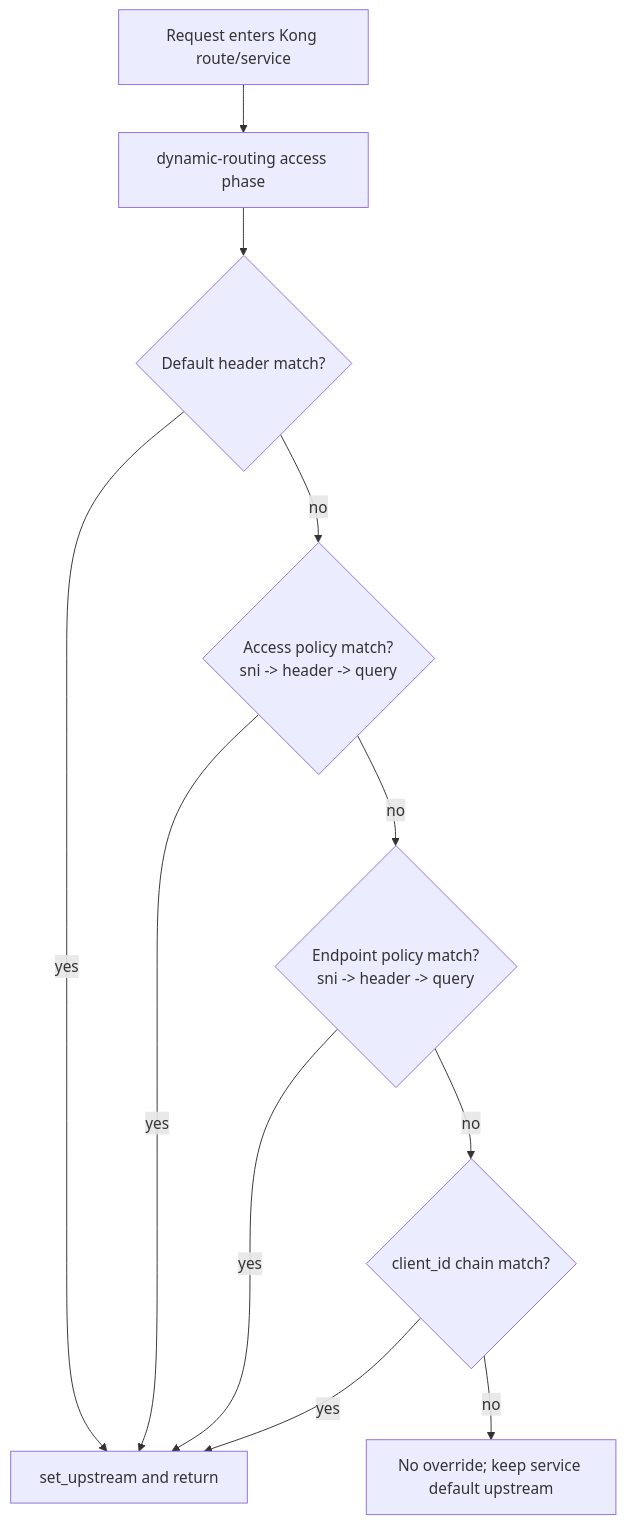
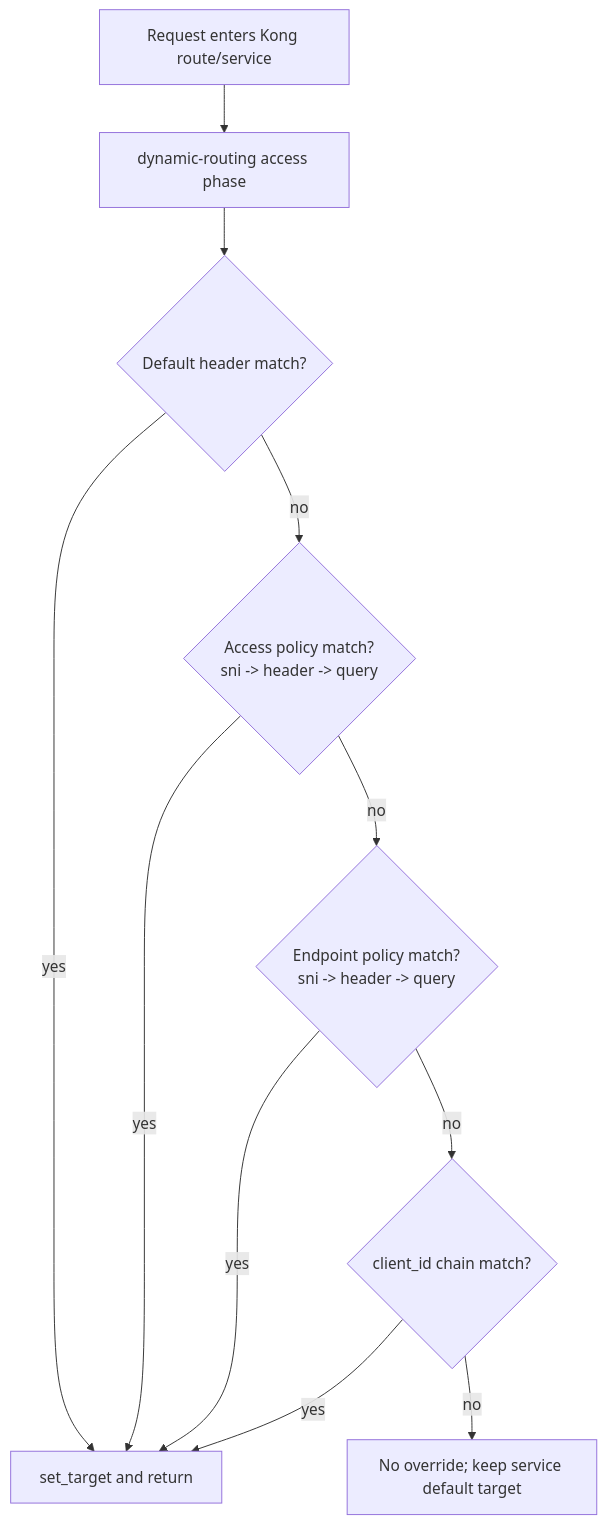
The diagram in docs/customer-comparison-best-practices.md (ShanmughasundaramRajendran/kong-plugin-upstream-env-selector), drawn with Mermaid before and after one commit. The commit also changed other lines of this file and 10 other files, not shown here.

````diff
--- a/docs/customer-comparison-best-practices.md
+++ b/docs/customer-comparison-best-practices.md
@@ -13,13 +13,13 @@
 ```mermaid
 flowchart TD
     A[Request enters Kong route/service] --> B[dynamic-routing access phase]
     B --> C{Default header match?}
-    C -- yes --> Z[set_upstream and return]
+    C -- yes --> Z[set_target and return]
     C -- no --> D{Access policy match?<br/>sni -> header -> query}
     D -- yes --> Z
     D -- no --> E{Endpoint policy match?<br/>sni -> header -> query}
     E -- yes --> Z
     E -- no --> F{client_id chain match?}
     F -- yes --> Z
-    F -- no --> G[No override; keep service default upstream]
+    F -- no --> G[No override; keep service default target]
 ```
````
